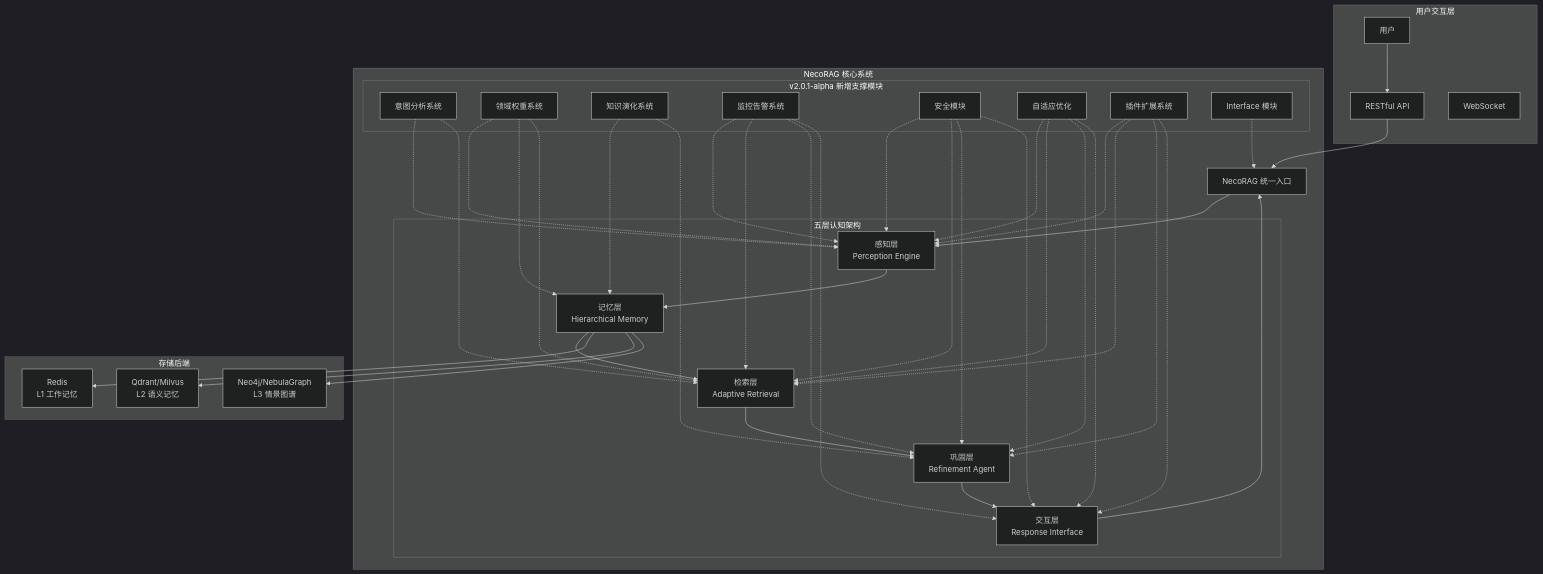
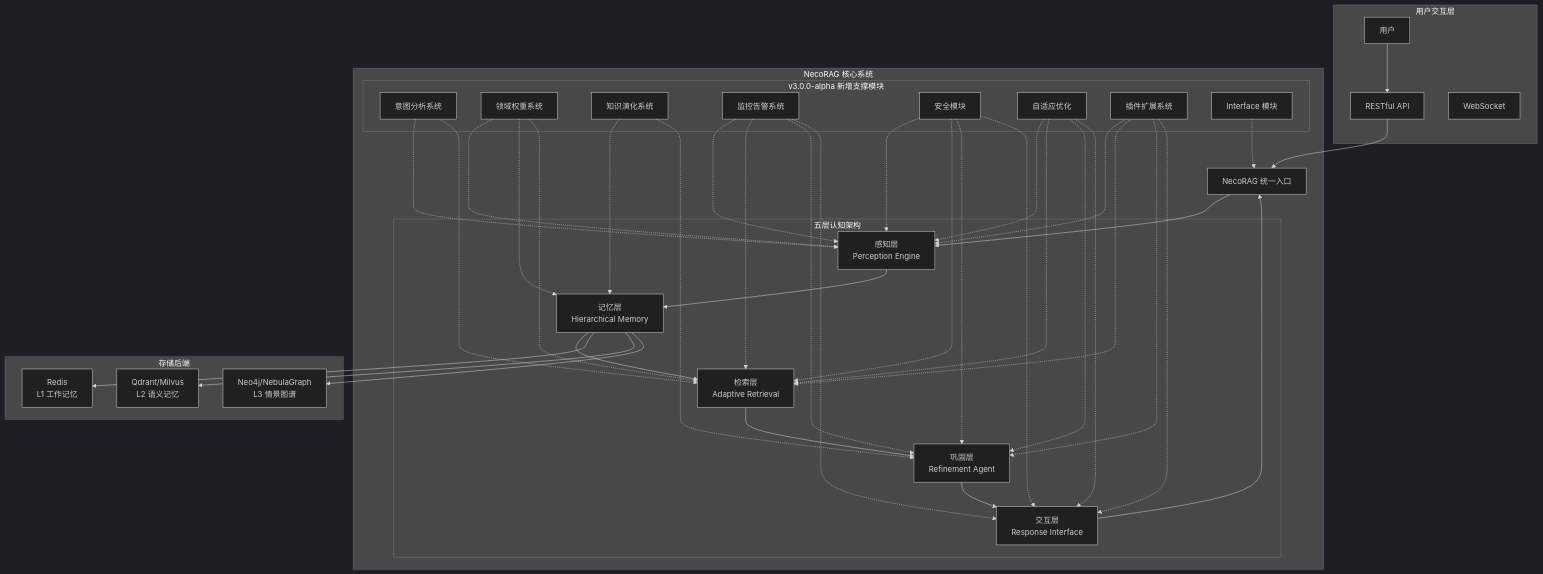
Before and after one commit to JieGaoPrinceton/NecoRAG: the first of 10 diagrams in .qoder/repowiki/zh/content/项目概述/项目概述.md, drawn with Mermaid (dark theme). The commit also changed other lines of this file and 70 other files, not shown here.

````diff
--- a/.qoder/repowiki/zh/content/项目概述/项目概述.md
+++ b/.qoder/repowiki/zh/content/项目概述/项目概述.md
@@ -75,46 +75,46 @@
 ```mermaid
 graph TB
 subgraph "用户交互层"
 U["用户"]
 API["RESTful API"]
 WS["WebSocket"]
 end
 subgraph "NecoRAG 核心系统"
 NR["NecoRAG 统一入口"]
 subgraph "五层认知架构"
 L1["感知层<br/>Perception Engine"]
 L2["记忆层<br/>Hierarchical Memory"]
 L3["检索层<br/>Adaptive Retrieval"]
 L4["巩固层<br/>Refinement Agent"]
 L5["交互层<br/>Response Interface"]
 end
-subgraph "v2.0.1-alpha 新增支撑模块"
+subgraph "v3.0.0-alpha 新增支撑模块"
 INT["意图分析系统"]
 DOM["领域权重系统"]
 KE["知识演化系统"]
 MON["监控告警系统"]
 SEC["安全模块"]
 ADP["自适应优化"]
 PLG["插件扩展系统"]
 IFACE["Interface 模块"]
 end
 end
 subgraph "存储后端"
 RDS["Redis<br/>L1 工作记忆"]
 QDR["Qdrant/Milvus<br/>L2 语义记忆"]
 NEO["Neo4j/NebulaGraph<br/>L3 情景图谱"]
 end
 U --> API
 API --> NR
 NR --> L1 --> L2 --> L3 --> L4 --> L5
 L5 --> NR
 INT -.-> L1 & L3
 DOM -.-> L1 & L2 & L3
 KE -.-> L2 & L4
 MON -.-> L1 & L3 & L4 & L5
 SEC -.-> L1 & L3 & L4 & L5
 ADP -.-> L1 & L3 & L4 & L5
 PLG -.-> L1 & L3 & L4 & L5
 IFACE -.-> NR
 L2 --> RDS & QDR & NEO
 ```
````
